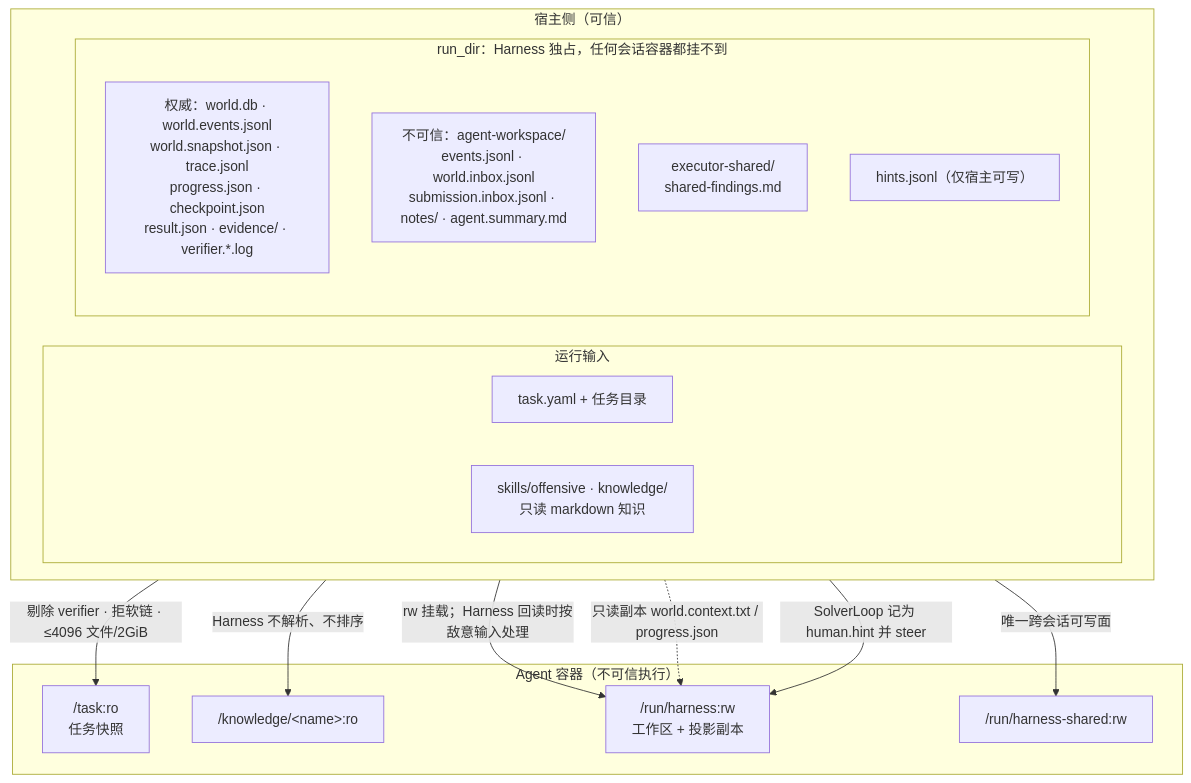
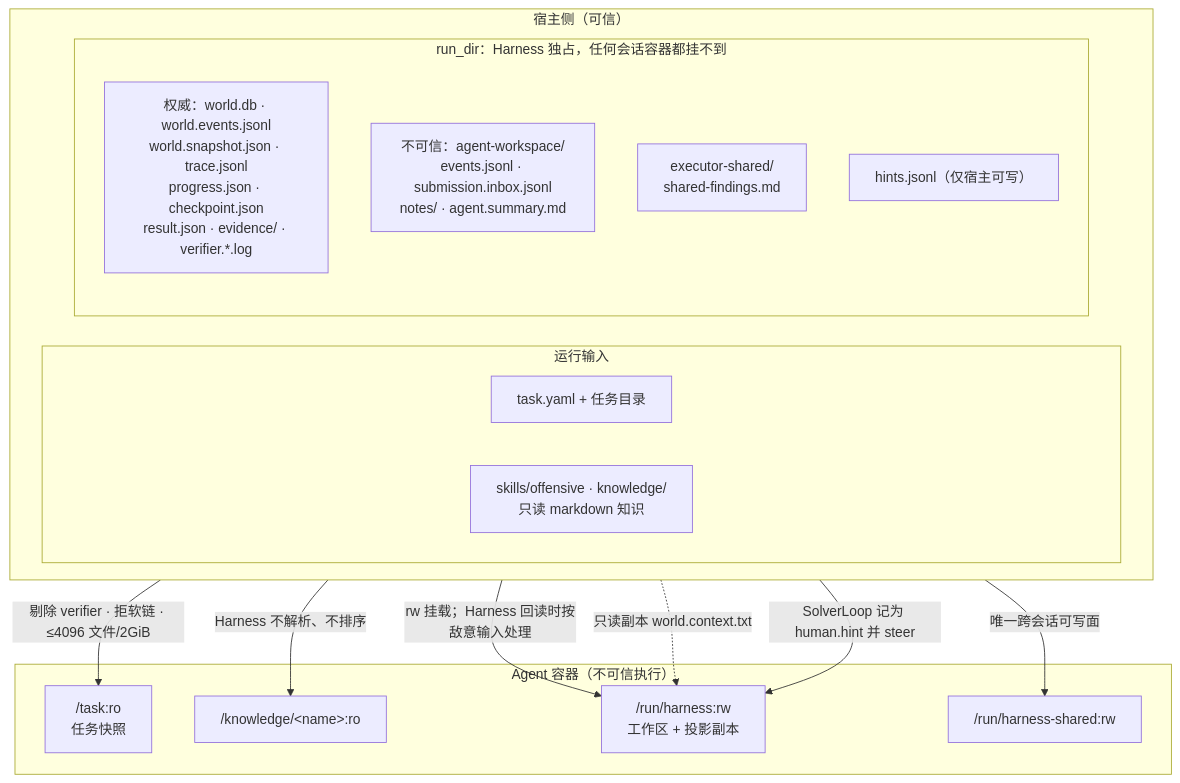
One commit to red-copilot/red-copilot changed the fourth of 5 diagrams in docs/architecture-map.md. Above: the diagram before and after it, drawn with Mermaid. The commit also changed other lines of this file and 38 other files, not shown here.

````diff
--- a/docs/architecture-map.md
+++ b/docs/architecture-map.md
@@ -157,31 +157,31 @@
 ```mermaid
 flowchart TB
     subgraph host["宿主侧（可信）"]
         direction LR
         subgraph spec["运行输入"]
             TASK["task.yaml + 任务目录"]
             KNOW["skills/offensive · knowledge/<br/>只读 markdown 知识"]
         end
         subgraph runroot["run_dir：Harness 独占，任何会话容器都挂不到"]
             direction TB
             T1["权威：world.db · world.events.jsonl<br/>world.snapshot.json · trace.jsonl<br/>progress.json · checkpoint.json<br/>result.json · evidence/ · verifier.*.log"]
-            H1["不可信：agent-workspace/<br/>events.jsonl · world.inbox.jsonl<br/>submission.inbox.jsonl · notes/ · agent.summary.md"]
+            H1["不可信：agent-workspace/<br/>events.jsonl · submission.inbox.jsonl<br/>notes/ · agent.summary.md"]
             SH["executor-shared/<br/>shared-findings.md"]
             T4["hints.jsonl（仅宿主可写）"]
         end
     end
 
     subgraph box["Agent 容器（不可信执行）"]
         C1["/task:ro<br/>任务快照"]
         C2["/knowledge/&lt;name&gt;:ro"]
         C3["/run/harness:rw<br/>工作区 + 投影副本"]
         C4["/run/harness-shared:rw"]
     end
 
     TASK -->|"剔除 verifier · 拒软链 · ≤4096 文件/2GiB"| C1
     KNOW -->|"Harness 不解析、不排序"| C2
     H1 -->|"rw 挂载；Harness 回读时按敌意输入处理"| C3
-    T1 -.->|"只读副本 world.context.txt / progress.json"| C3
+    T1 -.->|"只读副本 world.context.txt"| C3
     T4 -->|"SolverLoop 记为 human.hint 并 steer"| C3
     SH -->|"唯一跨会话可写面"| C4
 ```
````
